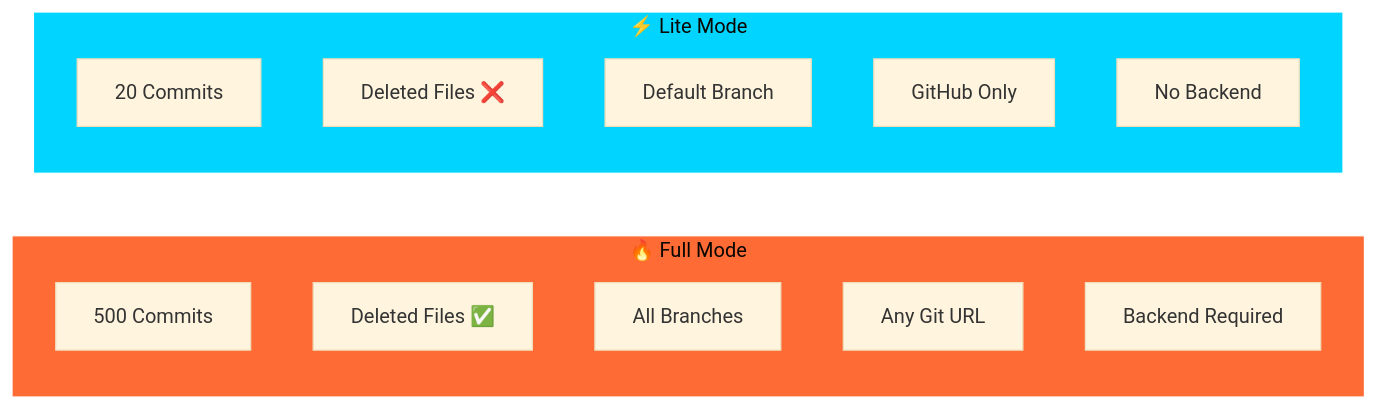
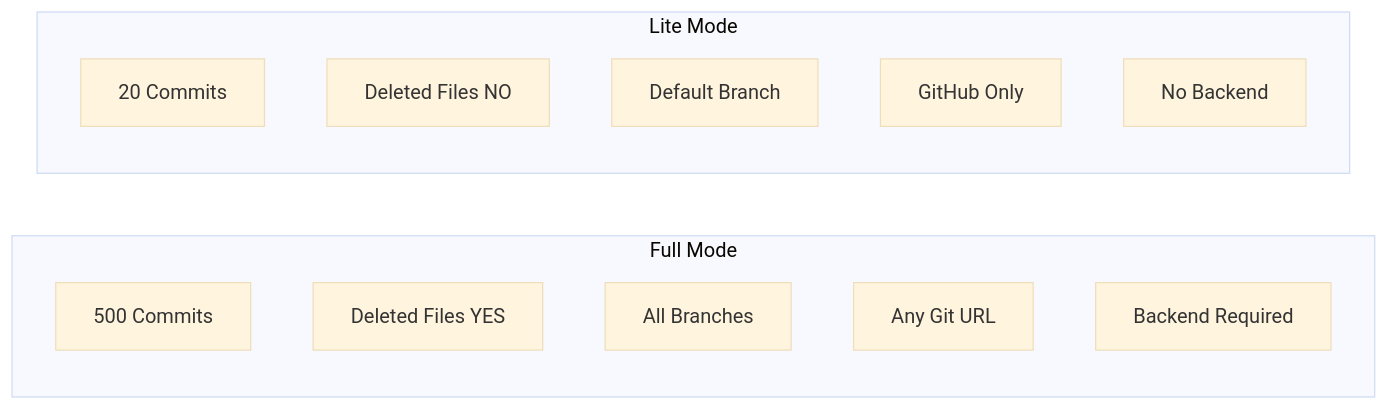
Diagram 11 of 11 in architecture/HLD.md (alamshoaib134/git-secret-scanner), drawn with Mermaid (base theme) before and after one commit. The commit also changed other lines of this file and 1 other file, not shown here.

First line of the commit message:
Fix Mermaid syntax errors in architecture diagrams

````diff
--- a/architecture/HLD.md
+++ b/architecture/HLD.md
@@ -297,21 +294,18 @@
 ```mermaid
 graph LR
-    subgraph Full["🔥 Full Mode"]
-        F1[500 Commits]
-        F2[Deleted Files ✅]
-        F3[All Branches]
-        F4[Any Git URL]
-        F5[Backend Required]
+    subgraph Full["Full Mode"]
+        F1["500 Commits"]
+        F2["Deleted Files YES"]
+        F3["All Branches"]
+        F4["Any Git URL"]
+        F5["Backend Required"]
     end
 
-    subgraph Lite["⚡ Lite Mode"]
-        L1[20 Commits]
-        L2[Deleted Files ❌]
-        L3[Default Branch]
-        L4[GitHub Only]
-        L5[No Backend]
+    subgraph Lite["Lite Mode"]
+        L1["20 Commits"]
+        L2["Deleted Files NO"]
+        L3["Default Branch"]
+        L4["GitHub Only"]
+        L5["No Backend"]
     end
-
-    style Full fill:#ff6b35,stroke:#fff
-    style Lite fill:#00d4ff,stroke:#fff
 ```
````
